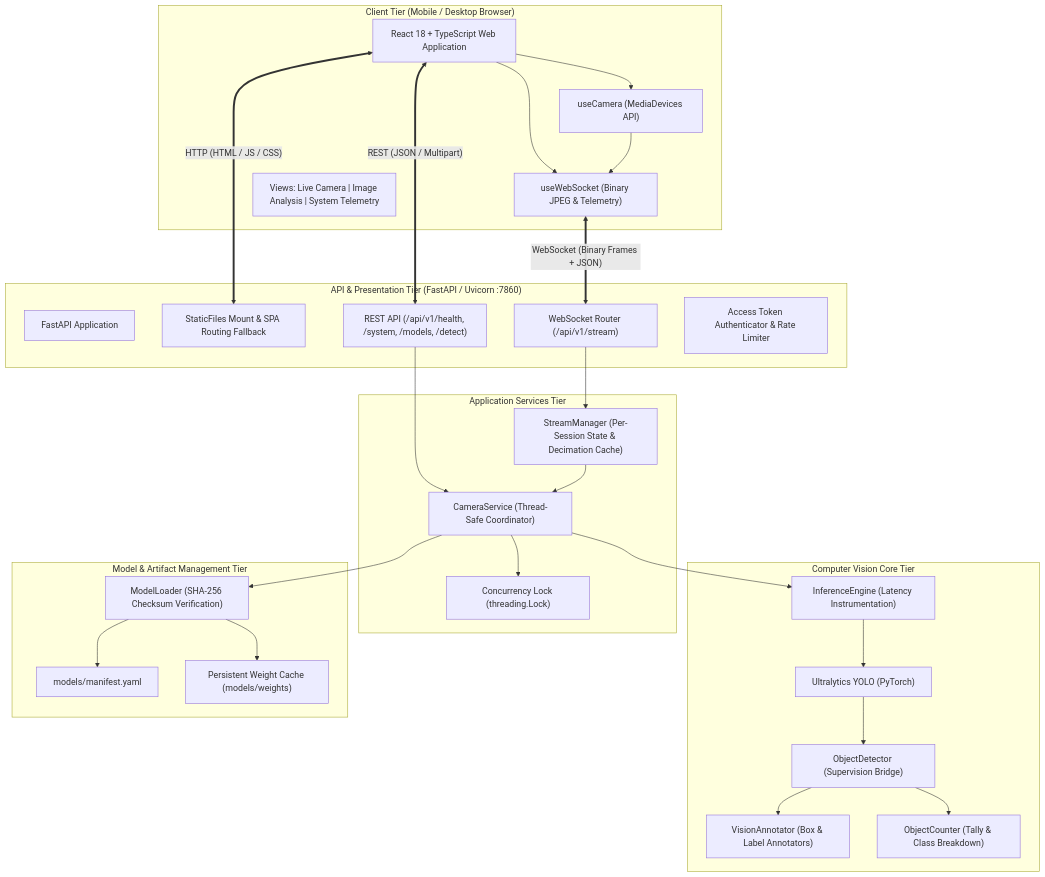
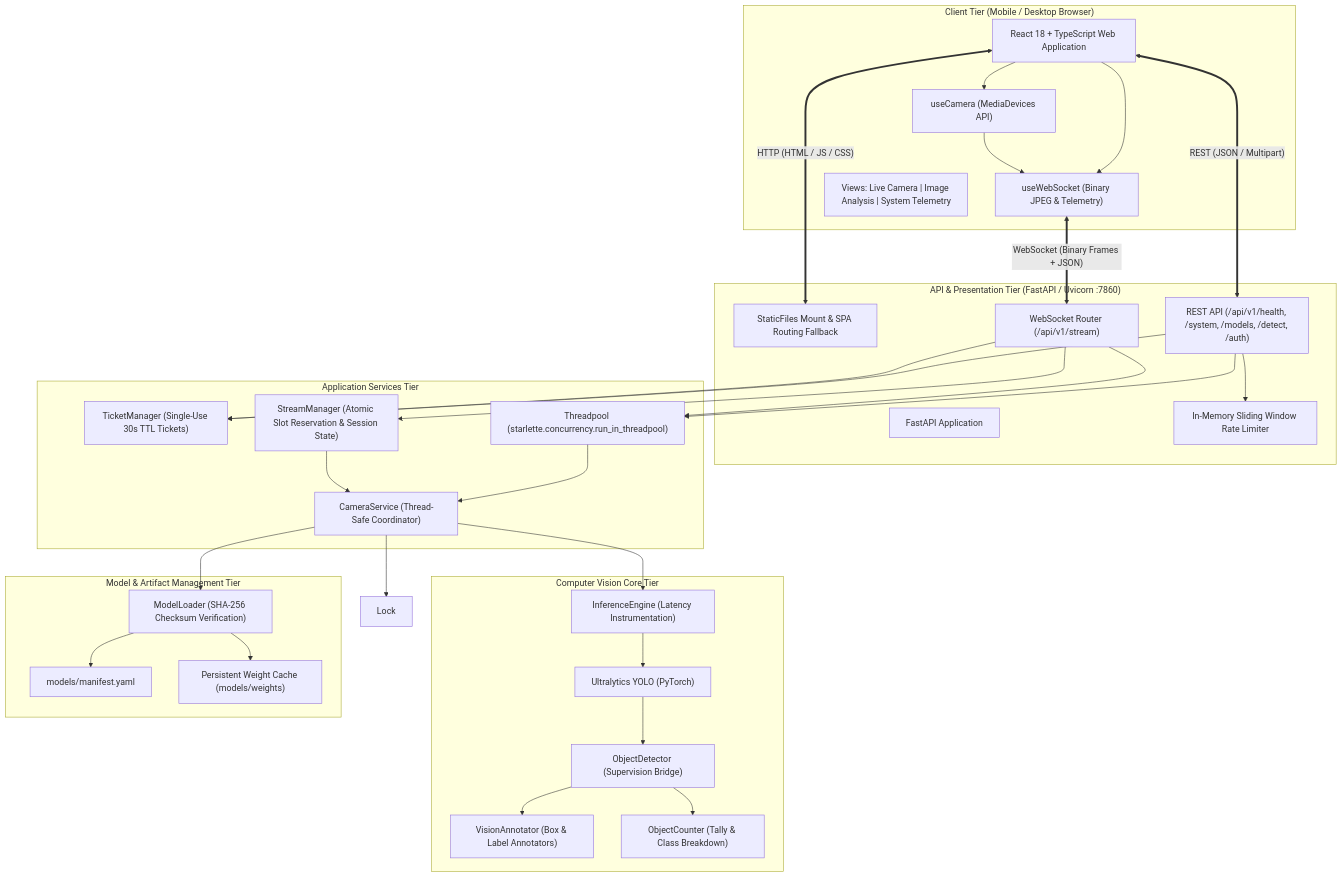
One commit to tahadeab-ai/ai-smart-camera changed the first of 2 diagrams in docs/architecture.md. Above: the diagram before and after it, drawn with Mermaid. The commit also changed other lines of this file and 13 other files, not shown here.

````diff
--- a/docs/architecture.md
+++ b/docs/architecture.md
@@ -14,60 +14,66 @@
 ```mermaid
 flowchart TD
     subgraph Client["Client Tier (Mobile / Desktop Browser)"]
         ReactApp["React 18 + TypeScript Web Application"]
         CameraHook["useCamera (MediaDevices API)"]
         WSHook["useWebSocket (Binary JPEG & Telemetry)"]
         UIViews["Views: Live Camera | Image Analysis | System Telemetry"]
     end
 
     subgraph Backend["API & Presentation Tier (FastAPI / Uvicorn :7860)"]
         FastAPI["FastAPI Application"]
         SPAMount["StaticFiles Mount & SPA Routing Fallback"]
-        REST["REST API (/api/v1/health, /system, /models, /detect)"]
+        REST["REST API (/api/v1/health, /system, /models, /detect, /auth)"]
         WSRoute["WebSocket Router (/api/v1/stream)"]
-        AuthMiddleware["Access Token Authenticator & Rate Limiter"]
+        RateLimiter["In-Memory Sliding Window Rate Limiter"]
     end
 
     subgraph Service["Application Services Tier"]
-        StreamMgr["StreamManager (Per-Session State & Decimation Cache)"]
+        TicketMgr["TicketManager (Single-Use 30s TTL Tickets)"]
+        StreamMgr["StreamManager (Atomic Slot Reservation & Session State)"]
         CameraSvc["CameraService (Thread-Safe Coordinator)"]
-        Lock["Concurrency Lock (threading.Lock)"]
+        ThreadPool["Threadpool (starlette.concurrency.run_in_threadpool)"]
     end
 
     subgraph CV["Computer Vision Core Tier"]
         InfEngine["InferenceEngine (Latency Instrumentation)"]
         YOLO["Ultralytics YOLO (PyTorch)"]
         Detector["ObjectDetector (Supervision Bridge)"]
         Annotator["VisionAnnotator (Box & Label Annotators)"]
         Counter["ObjectCounter (Tally & Class Breakdown)"]
     end
 
     subgraph Storage["Model & Artifact Management Tier"]
         ModelLoader["ModelLoader (SHA-256 Checksum Verification)"]
         Manifest["models/manifest.yaml"]
         WeightCache["Persistent Weight Cache (models/weights)"]
     end
 
     ReactApp --> CameraHook
     ReactApp --> WSHook
     CameraHook --> WSHook
 
     WSHook <== "WebSocket (Binary Frames + JSON)" ==> WSRoute
     ReactApp <== "REST (JSON / Multipart)" ==> REST
     ReactApp <== "HTTP (HTML / JS / CSS)" ==> SPAMount
 
+    REST --> RateLimiter
+    REST --> TicketMgr
+    WSRoute --> TicketMgr
     WSRoute --> StreamMgr
-    REST --> CameraSvc
+    REST --> ThreadPool
+    WSRoute --> ThreadPool
+    ThreadPool --> CameraSvc
     StreamMgr --> CameraSvc
     CameraSvc --> Lock
 
     CameraSvc --> InfEngine
     InfEngine --> YOLO
     YOLO --> Detector
     Detector --> Annotator
     Detector --> Counter
 
     CameraSvc --> ModelLoader
     ModelLoader --> Manifest
     ModelLoader --> WeightCache
 ```
````
